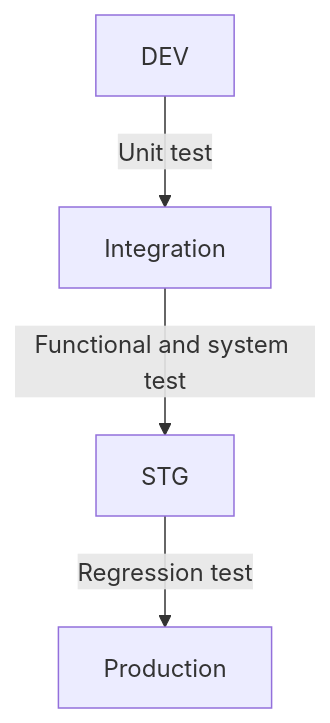
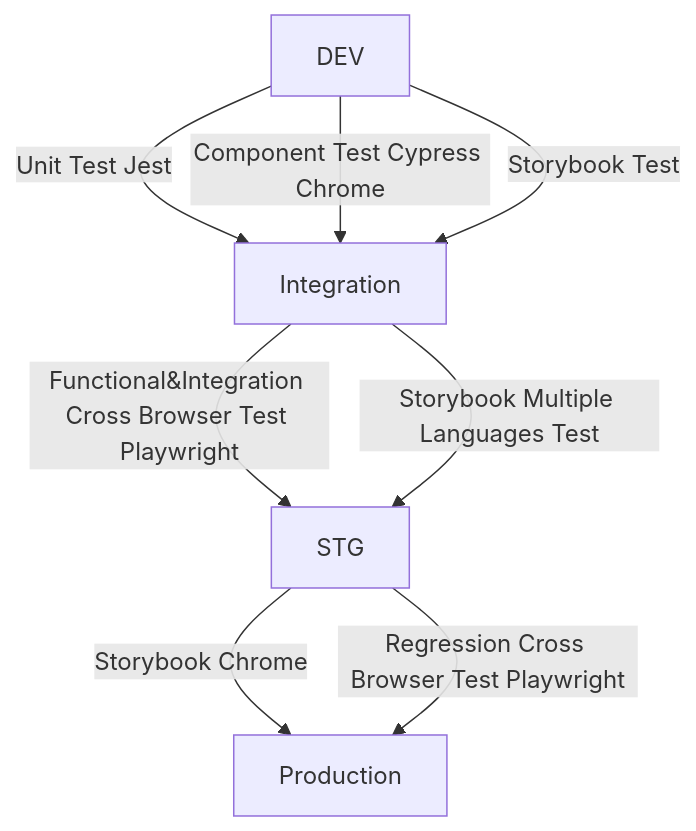
The second of 4 diagrams in README_QA_workflow.md (shuaiOrca/Orca_Automation_Test), drawn with Mermaid before and after one commit. The commit also changed other lines of this file, not shown here.

Commit message:
add read me file to explain the QA work flow

````diff
--- a/README_QA_workflow.md
+++ b/README_QA_workflow.md
@@ -53,6 +67,10 @@
 ```mermaid
 graph TD;
-    DEV--Unit test-->Integration;
-    Integration--Functional and system test-->STG;
-    STG--Regression test-->Production;
+    DEV--Unit Test Jest-->Integration;
+    DEV--Component Test Cypress Chrome-->Integration;
+    DEV--Storybook Test-->Integration;
+    Integration--Functional&Integration Cross Browser Test Playwright-->STG;
+    Integration--Storybook Multiple Languages Test-->STG;
+    STG--Storybook Chrome-->Production;
+    STG--Regression Cross Browser Test Playwright-->Production;
 ```
````
